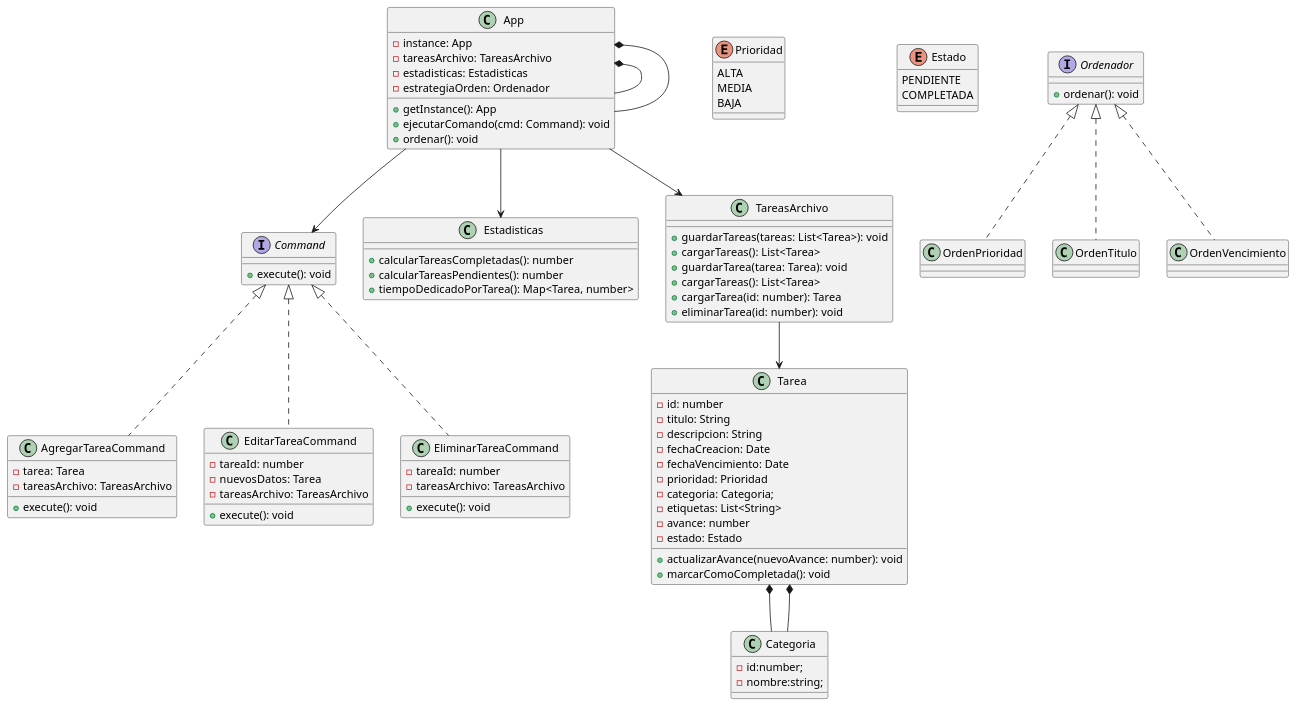
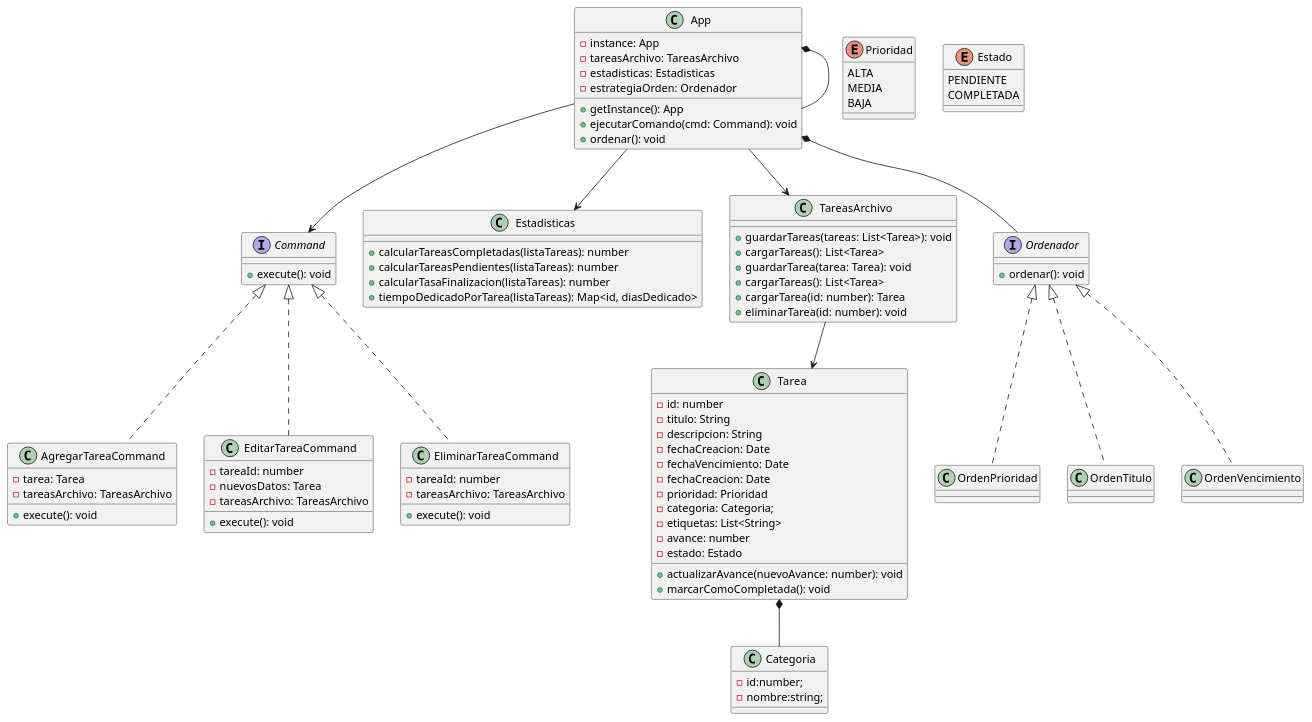
The diagram in docs/diagramaClases.puml (jonimarqu/utn_todo-list), drawn with PlantUML before and after one commit. The commit also changed 1 other file, not shown here.

Commit message:
diagrama fix

```diff
--- a/docs/diagramaClases.puml
+++ b/docs/diagramaClases.puml
@@ -1,121 +1,121 @@
 @startuml ToDo
 
 class App {
 	-instance: App
 	-tareasArchivo: TareasArchivo
 	-estadisticas: Estadisticas
 	-estrategiaOrden: Ordenador
 
 	+getInstance(): App
 	+ejecutarComando(cmd: Command): void
 	+ordenar(): void
 }
 
 interface Command {
 	+execute(): void
 }
 
 class AgregarTareaCommand {
 	-tarea: Tarea
 	-tareasArchivo: TareasArchivo
 	+execute(): void
 }
 
 class EditarTareaCommand {
 	-tareaId: number
 	-nuevosDatos: Tarea
 	-tareasArchivo: TareasArchivo
 	+execute(): void
 }
 
 class EliminarTareaCommand {
 	-tareaId: number
 	-tareasArchivo: TareasArchivo
 	+execute(): void
 }
 
 class Tarea {
 	-id: number
 	-titulo: String
 	-descripcion: String
 	-fechaCreacion: Date
 	-fechaVencimiento: Date
+	-fechaCreacion: Date
 	-prioridad: Prioridad
 	-categoria: Categoria;
 	-etiquetas: List<String>
 	-avance: number
 	-estado: Estado
 
 	+actualizarAvance(nuevoAvance: number): void
 	+marcarComoCompletada(): void
 }
 
 enum Prioridad {
-	ALTA
+		ALTA
 		MEDIA
 		BAJA
 	}
 
 	enum Estado {
 		PENDIENTE
 		COMPLETADA
 	}
 	class Categoria{
 		-id:number;
 		-nombre:string;
 	}
 	class Estadisticas {
-		+calcularTareasCompletadas(): number
-		+calcularTareasPendientes(): number
-		+tiempoDedicadoPorTarea(): Map<Tarea, number>
+		+calcularTareasCompletadas(listaTareas): number
+		+calcularTareasPendientes(listaTareas): number
+		+calcularTasaFinalizacion(listaTareas): number
+		+tiempoDedicadoPorTarea(listaTareas): Map<id, diasDedicado>
 	}
 
 	class TareasArchivo {
 		+guardarTareas(tareas: List<Tarea>): void
 		+cargarTareas(): List<Tarea>
 	}
 
 	'uso
 	App --> Estadisticas
 	App --> TareasArchivo
 	App --> Command
 	TareasArchivo --> Tarea
 
 class TareasArchivo {
 	+guardarTarea(tarea: Tarea): void
 	+cargarTareas(): List<Tarea>
 	+cargarTarea(id: number): Tarea
 	+eliminarTarea(id: number): void
 }
 
 interface Ordenador {
 	+ordenar(): void
 }
 
 class OrdenPrioridad {
 }
 
 class OrdenTitulo{
 }
 
 class OrdenVencimiento{
 }
 
 	'composition
 	App *-- App
 	Tarea *-- Categoria
+	App *-- Ordenador
 
 'herencia
 Command <|.. AgregarTareaCommand
 Command <|.. EditarTareaCommand
 Command <|.. EliminarTareaCommand
 
 Ordenador <|.. OrdenPrioridad
 Ordenador <|.. OrdenTitulo
 Ordenador <|.. OrdenVencimiento
 
-'composition
-App *-- App
-Tarea *-- Categoria
 
 @enduml
```
